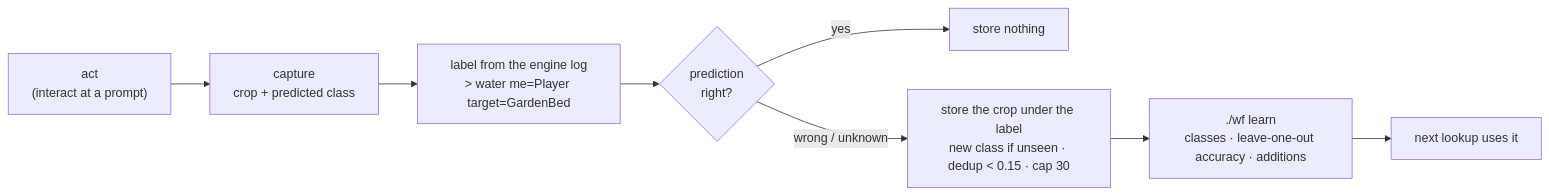
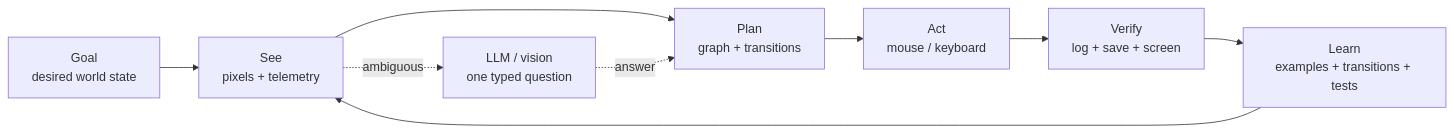
The diagram in README.md (sergiimo/llm-game-agent), drawn with Mermaid before and after one commit. The commit also changed other lines of this file, not shown here.

````diff
--- a/README.md
+++ b/README.md
@@ -242,10 +24,11 @@
 ```mermaid
 flowchart LR
-    A["act<br/>(interact at a prompt)"] --> C["capture<br/>crop + predicted class"]
-    C --> L["label from the engine log<br/>> water me=Player target=GardenBed"]
-    L --> D{"prediction<br/>right?"}
-    D -- "yes" --> X["store nothing"]
-    D -- "wrong / unknown" --> S["store the crop under the label<br/>new class if unseen · dedup < 0.15 · cap 30"]
-    S --> V["./wf learn<br/>classes · leave-one-out accuracy · additions"]
-    V --> U["next lookup uses it"]
+    G["Goal<br/>desired world state"] --> S["See<br/>pixels + telemetry"]
+    S --> P["Plan<br/>graph + transitions"]
+    P --> A["Act<br/>mouse / keyboard"]
+    A --> V["Verify<br/>log + save + screen"]
+    V --> L["Learn<br/>examples + transitions + tests"]
+    L --> S
+    S -. "ambiguous" .-> M["LLM / vision<br/>one typed question"]
+    M -. "answer" .-> P
 ```
````
